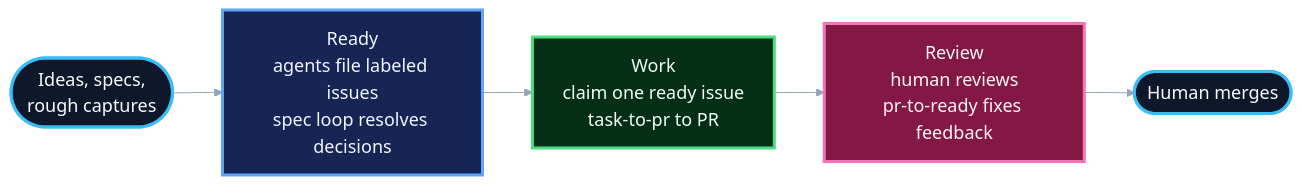
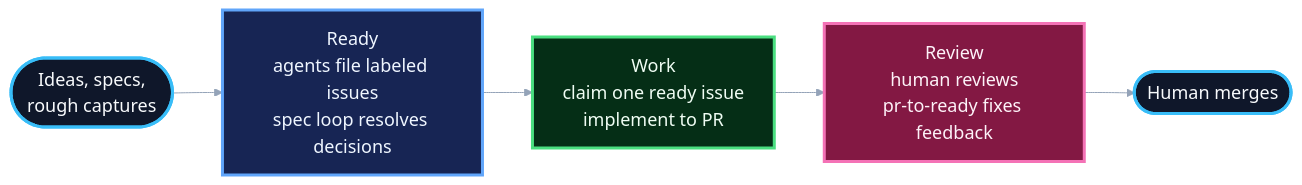
One commit to owainlewis/blueprint changed the diagram in guides/loops.md. Above: the diagram before and after it, drawn with Mermaid. The commit also changed other lines of this file and 8 other files, not shown here.

````diff
--- a/guides/loops.md
+++ b/guides/loops.md
@@ -12,21 +12,21 @@
 ```mermaid
 %%{init: {"theme": "base", "themeVariables": {"fontFamily": "Inter, ui-sans-serif, system-ui", "fontSize": "18px", "primaryTextColor": "#f8fafc", "tertiaryTextColor": "#f8fafc", "lineColor": "#94a3b8", "edgeLabelBackground": "#020617"}}}%%
 flowchart LR
     Ideas([Ideas, specs,<br/>rough captures])
     Ready["Ready<br/>agents file labeled issues<br/>spec loop resolves decisions"]
-    Work["Work<br/>claim one ready issue<br/>task-to-pr to PR"]
+    Work["Work<br/>claim one ready issue<br/>implement to PR"]
     Review["Review<br/>human reviews<br/>pr-to-ready fixes feedback"]
     Merge([Human merges])
 
     Ideas --> Ready --> Work --> Review --> Merge
 
     classDef start fill:#0f172a,stroke:#38bdf8,stroke-width:3px,color:#f8fafc,font-size:18px;
     classDef ready fill:#172554,stroke:#60a5fa,stroke-width:3px,color:#eff6ff,font-size:18px;
     classDef work fill:#052e16,stroke:#4ade80,stroke-width:3px,color:#f0fdf4,font-size:18px;
     classDef review fill:#831843,stroke:#f472b6,stroke-width:3px,color:#fdf2f8,font-size:18px;
 
     class Ideas,Merge start;
     class Ready ready;
     class Work work;
     class Review review;
 ```
````
